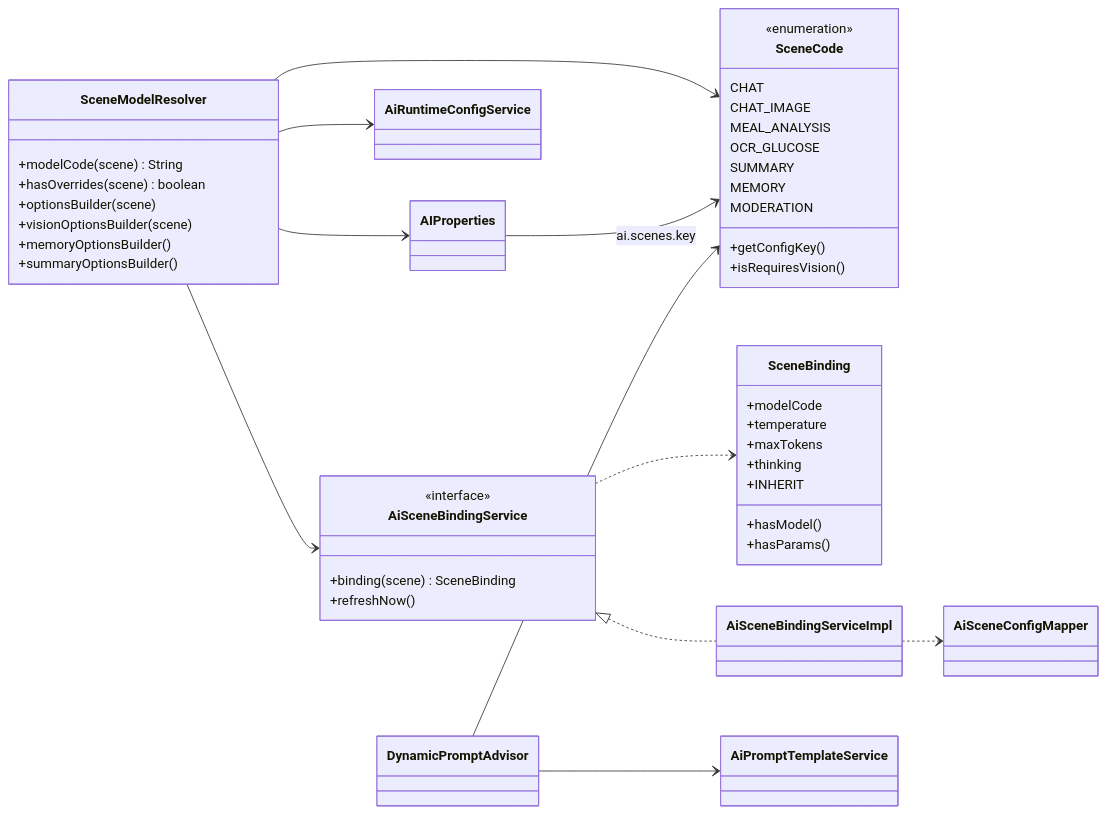
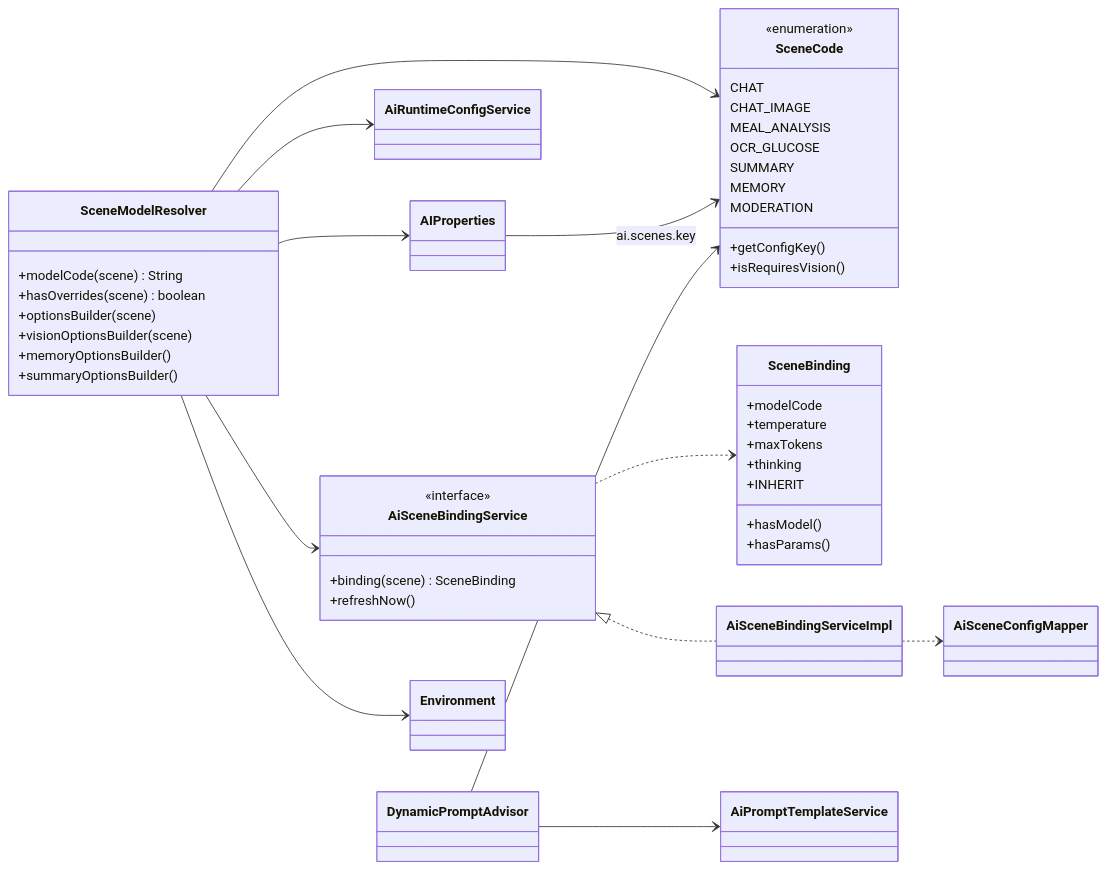
Before and after one commit to xiaoyejinjier/GlucoPilot-backend: the seventh of 9 diagrams in docs/AI-模块UML.md, drawn with Mermaid. The commit also changed other lines of this file and 16 other files, not shown here.

````diff
--- a/docs/AI-模块UML.md
+++ b/docs/AI-模块UML.md
@@ -398,55 +398,56 @@
 ```mermaid
 classDiagram
     direction LR
 
     class SceneCode {
         <<enumeration>>
         CHAT
         CHAT_IMAGE
         MEAL_ANALYSIS
         OCR_GLUCOSE
         SUMMARY
         MEMORY
         MODERATION
         +getConfigKey()
         +isRequiresVision()
     }
     class SceneModelResolver {
         +modelCode(scene) String
         +hasOverrides(scene) boolean
         +optionsBuilder(scene)
         +visionOptionsBuilder(scene)
         +memoryOptionsBuilder()
         +summaryOptionsBuilder()
     }
     class AiSceneBindingService {
         <<interface>>
         +binding(scene) SceneBinding
         +refreshNow()
     }
     class SceneBinding {
         +modelCode
         +temperature
         +maxTokens
         +thinking
         +hasModel()
         +hasParams()
         +INHERIT
     }
     class AiSceneBindingServiceImpl
     class AiRuntimeConfigService
     class AiPromptTemplateService
     class AIProperties
     class DynamicPromptAdvisor
 
     SceneModelResolver --> SceneCode
     SceneModelResolver --> AiSceneBindingService
     SceneModelResolver --> AiRuntimeConfigService
     SceneModelResolver --> AIProperties
+    SceneModelResolver --> Environment
     AiSceneBindingService <|.. AiSceneBindingServiceImpl
     AiSceneBindingService ..> SceneBinding
     AiSceneBindingServiceImpl ..> AiSceneConfigMapper
     AIProperties --> SceneCode : ai.scenes.key
     DynamicPromptAdvisor --> SceneCode
     DynamicPromptAdvisor --> AiPromptTemplateService
 ```
````
